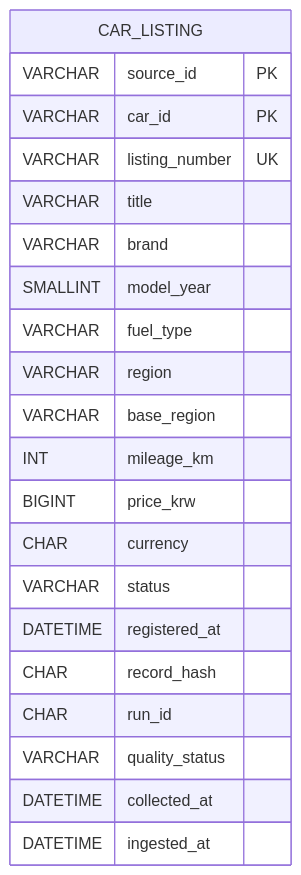
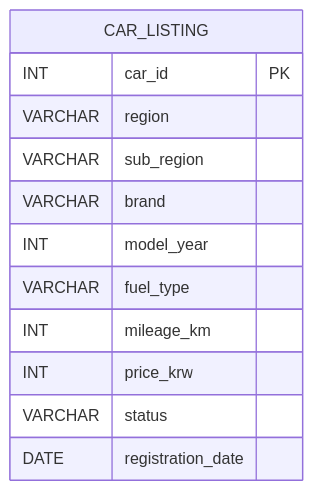
One commit to encore-ai-campus/mlo-01-p1-team4 changed the second of 2 diagrams in docs/erd.md. Above: the diagram before and after it, drawn with Mermaid. The commit also changed other lines of this file and 3 other files, not shown here.

````diff
--- a/docs/erd.md
+++ b/docs/erd.md
@@ -33,24 +40,15 @@
 ```mermaid
 erDiagram
     CAR_LISTING {
-        VARCHAR source_id PK
-        VARCHAR car_id PK
-        VARCHAR listing_number UK
-        VARCHAR title
+        INT car_id PK
+        VARCHAR region
+        VARCHAR sub_region
         VARCHAR brand
-        SMALLINT model_year
+        INT model_year
         VARCHAR fuel_type
-        VARCHAR region
-        VARCHAR base_region
         INT mileage_km
-        BIGINT price_krw
-        CHAR currency
+        INT price_krw
         VARCHAR status
-        DATETIME registered_at
-        CHAR record_hash
-        CHAR run_id
-        VARCHAR quality_status
-        DATETIME collected_at
-        DATETIME ingested_at
+        DATE registration_date
     }
 ```
````
